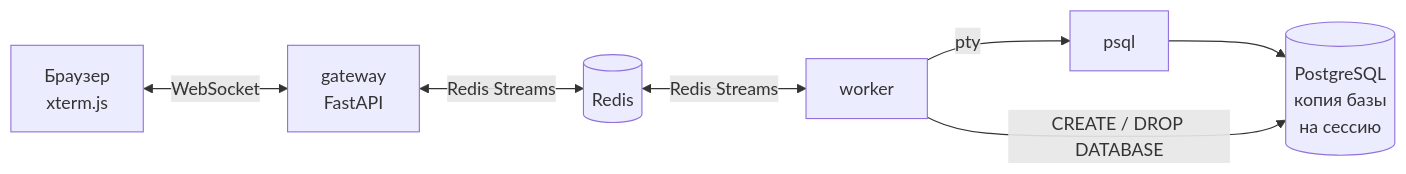
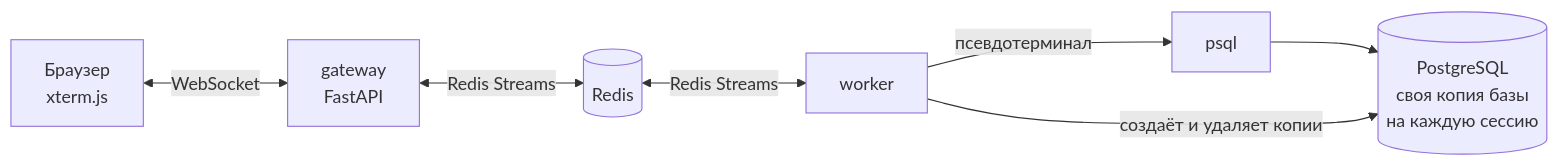
One commit to ZhdankovAlex/web-psql changed the first of 2 diagrams in README.md. Above: the diagram before and after it, drawn with Mermaid. The commit also changed other lines of this file and 13 other files, not shown here.

````diff
--- a/README.md
+++ b/README.md
@@ -44,9 +48,9 @@
 ```mermaid
 flowchart LR
     B["Браузер<br/>xterm.js"] <-- "WebSocket" --> G["gateway<br/>FastAPI"]
     G <-- "Redis Streams" --> R[("Redis")]
     R <-- "Redis Streams" --> W["worker"]
-    W -- "pty" --> P["psql"]
-    P --> DB[("PostgreSQL<br/>копия базы<br/>на сессию")]
-    W -- "CREATE / DROP DATABASE" --> DB
+    W -- "псевдотерминал" --> P["psql"]
+    P --> DB[("PostgreSQL<br/>своя копия базы<br/>на каждую сессию")]
+    W -- "создаёт и удаляет копии" --> DB
 ```
````
